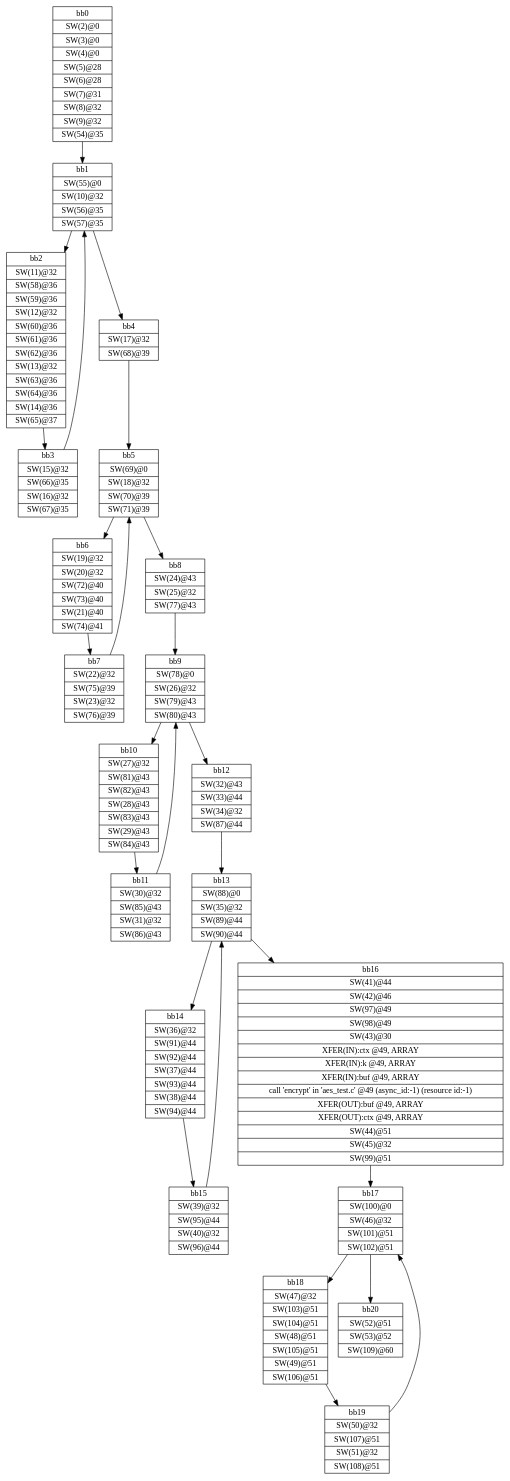
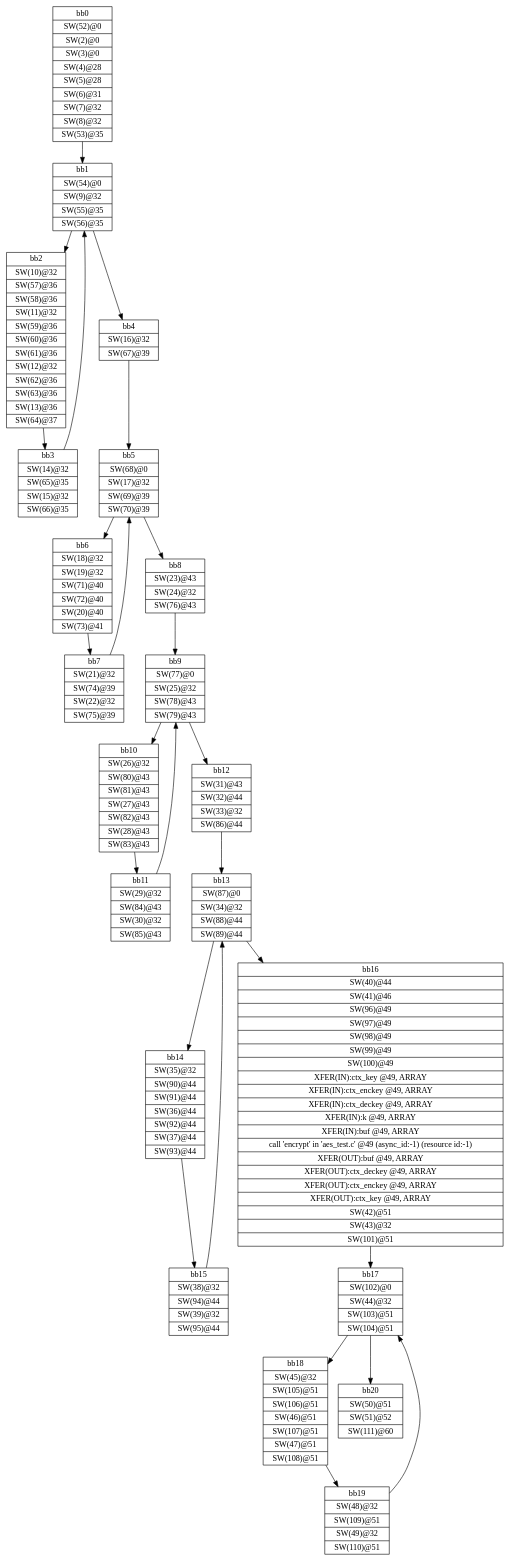
Before and after one commit to HansGiesen/hls_tuner: the diagram in Data/Good_synth/_sds/.llvm/_px_cdfg_xfer_main.dot, drawn with Graphviz. The commit also changed 3951 other files, not shown here.

```diff
--- a/Data/Good_synth/_sds/.llvm/_px_cdfg_xfer_main.dot
+++ b/Data/Good_synth/_sds/.llvm/_px_cdfg_xfer_main.dot
@@ -1,49 +1,49 @@
 digraph CDFG {
 node [shape=record];
-bb0 [shape=record, label = "{bb0|<x0x2debe00>SW(2)@0\n|<x0x2debc30>SW(3)@0\n|<x0x2decc50>SW(4)@0\n|<x0x386b850>SW(5)@28\n|<x0x386bab0>SW(6)@28\n|<x0x386dcf0>SW(7)@31\n|<x0x386bca0>SW(8)@32\n|<x0x386be00>SW(9)@32\n|<x0x3872bc0>SW(54)@35\n}"];
-bb1 [shape=record, label = "{bb1|<x0x3872e60>SW(55)@0\n|<x0x386bf60>SW(10)@32\n|<x0x3874c20>SW(56)@35\n|<x0x3874d60>SW(57)@35\n}"];
-bb2 [shape=record, label = "{bb2|<x0x386cea0>SW(11)@32\n|<x0x38751a0>SW(58)@36\n|<x0x38752f0>SW(59)@36\n|<x0x386d000>SW(12)@32\n|<x0x38754e0>SW(60)@36\n|<x0x38756b0>SW(61)@36\n|<x0x3875840>SW(62)@36\n|<x0x386d160>SW(13)@32\n|<x0x3875a00>SW(63)@36\n|<x0x3875ac0>SW(64)@36\n|<x0x386d330>SW(14)@36\n|<x0x3875c50>SW(65)@37\n}"];
-bb3 [shape=record, label = "{bb3|<x0x386d660>SW(15)@32\n|<x0x3875f90>SW(66)@35\n|<x0x3870e00>SW(16)@32\n|<x0x3876180>SW(67)@35\n}"];
-bb4 [shape=record, label = "{bb4|<x0x386d810>SW(17)@32\n|<x0x38765a0>SW(68)@39\n}"];
-bb5 [shape=record, label = "{bb5|<x0x3876820>SW(69)@0\n|<x0x386d9d0>SW(18)@32\n|<x0x38769e0>SW(70)@39\n|<x0x3876de0>SW(71)@39\n}"];
-bb6 [shape=record, label = "{bb6|<x0x3870420>SW(19)@32\n|<x0x38705f0>SW(20)@32\n|<x0x3878c70>SW(72)@40\n|<x0x3876f10>SW(73)@40\n|<x0x38707c0>SW(21)@40\n|<x0x3877130>SW(74)@41\n}"];
-bb7 [shape=record, label = "{bb7|<x0x3870ac0>SW(22)@32\n|<x0x3877470>SW(75)@39\n|<x0x3870be0>SW(23)@32\n|<x0x3877630>SW(76)@39\n}"];
-bb8 [shape=record, label = "{bb8|<x0x3870020>SW(24)@43\n|<x0x386de80>SW(25)@32\n|<x0x38764f0>SW(77)@43\n}"];
-bb9 [shape=record, label = "{bb9|<x0x3877cc0>SW(78)@0\n|<x0x3871010>SW(26)@32\n|<x0x387bfd0>SW(79)@43\n|<x0x387c1a0>SW(80)@43\n}"];
-bb10 [shape=record, label = "{bb10|<x0x38711e0>SW(27)@32\n|<x0x3877f90>SW(81)@43\n|<x0x3878640>SW(82)@43\n|<x0x386df20>SW(28)@43\n|<x0x38780b0>SW(83)@43\n|<x0x386e230>SW(29)@43\n|<x0x3878270>SW(84)@43\n}"];
-bb11 [shape=record, label = "{bb11|<x0x386e2d0>SW(30)@32\n|<x0x387af70>SW(85)@43\n|<x0x386e370>SW(31)@32\n|<x0x387b170>SW(86)@43\n}"];
-bb12 [shape=record, label = "{bb12|<x0x386e410>SW(32)@43\n|<x0x386e640>SW(33)@44\n|<x0x386e810>SW(34)@32\n|<x0x387b520>SW(87)@44\n}"];
-bb13 [shape=record, label = "{bb13|<x0x387b800>SW(88)@0\n|<x0x386e8f0>SW(35)@32\n|<x0x387b8c0>SW(89)@44\n|<x0x387ba20>SW(90)@44\n}"];
-bb14 [shape=record, label = "{bb14|<x0x386e9b0>SW(36)@32\n|<x0x387c360>SW(91)@44\n|<x0x387c4c0>SW(92)@44\n|<x0x386ea70>SW(37)@44\n|<x0x387c680>SW(93)@44\n|<x0x386eb10>SW(38)@44\n|<x0x387c840>SW(94)@44\n}"];
-bb15 [shape=record, label = "{bb15|<x0x386ece0>SW(39)@32\n|<x0x387ca40>SW(95)@44\n|<x0x386ee40>SW(40)@32\n|<x0x387cc40>SW(96)@44\n}"];
-bb16 [shape=record, label = "{bb16|<x0x386f010>SW(41)@44\n|<x0x386f190>SW(42)@46\n|<x0x3877810>SW(97)@49\n|<x0x38779a0>SW(98)@49\n|<x0x386f4a0>SW(43)@30\n|<x0x3878ff0>XFER(IN):ctx @49, ARRAY\n|<x0x38800f0>XFER(IN):k @49, ARRAY\n|<x0x3880210>XFER(IN):buf @49, ARRAY\n|<x0x2ded270>call 'encrypt' in 'aes_test.c' @49 (async_id:-1) (resource id:-1)\n|<x0x3880330>XFER(OUT):buf @49, ARRAY\n|<x0x38790e0>XFER(OUT):ctx @49, ARRAY\n|<x0x386fb20>SW(44)@51\n|<x0x3873cf0>SW(45)@32\n|<x0x387d760>SW(99)@51\n}"];
-bb17 [shape=record, label = "{bb17|<x0x387dce0>SW(100)@0\n|<x0x3873fe0>SW(46)@32\n|<x0x387ef70>SW(101)@51\n|<x0x387f160>SW(102)@51\n}"];
-bb18 [shape=record, label = "{bb18|<x0x3874340>SW(47)@32\n|<x0x387f490>SW(103)@51\n|<x0x387f580>SW(104)@51\n|<x0x38740e0>SW(48)@51\n|<x0x387f640>SW(105)@51\n|<x0x38745b0>SW(49)@51\n|<x0x387fcf0>SW(106)@51\n}"];
-bb19 [shape=record, label = "{bb19|<x0x38749e0>SW(50)@32\n|<x0x387f750>SW(107)@51\n|<x0x38747a0>SW(51)@32\n|<x0x387f910>SW(108)@51\n}"];
-bb20 [shape=record, label = "{bb20|<x0x3871450>SW(52)@51\n|<x0x3871590>SW(53)@52\n|<x0x387df30>SW(109)@60\n}"];
+bb0 [shape=record, label = "{bb0|<x0x3da35a0>SW(52)@0\n|<x0x330f4d0>SW(2)@0\n|<x0x3311050>SW(3)@0\n|<x0x3d98360>SW(4)@28\n|<x0x3d985c0>SW(5)@28\n|<x0x3d9a800>SW(6)@31\n|<x0x3d987b0>SW(7)@32\n|<x0x3d98910>SW(8)@32\n|<x0x3da37b0>SW(53)@35\n}"];
+bb1 [shape=record, label = "{bb1|<x0x3da3970>SW(54)@0\n|<x0x3d98a70>SW(9)@32\n|<x0x3da3ad0>SW(55)@35\n|<x0x3da3ca0>SW(56)@35\n}"];
+bb2 [shape=record, label = "{bb2|<x0x3d999b0>SW(10)@32\n|<x0x3da0710>SW(57)@36\n|<x0x3da0860>SW(58)@36\n|<x0x3d99b10>SW(11)@32\n|<x0x3da0a20>SW(59)@36\n|<x0x3da0bf0>SW(60)@36\n|<x0x3da0dc0>SW(61)@36\n|<x0x3d99c70>SW(12)@32\n|<x0x3da0f80>SW(62)@36\n|<x0x3da1110>SW(63)@36\n|<x0x3d99e40>SW(13)@36\n|<x0x3da11d0>SW(64)@37\n}"];
+bb3 [shape=record, label = "{bb3|<x0x3d9a170>SW(14)@32\n|<x0x3da1510>SW(65)@35\n|<x0x3d9d910>SW(15)@32\n|<x0x3da16d0>SW(66)@35\n}"];
+bb4 [shape=record, label = "{bb4|<x0x3d9a320>SW(16)@32\n|<x0x3da1790>SW(67)@39\n}"];
+bb5 [shape=record, label = "{bb5|<x0x3da1a10>SW(68)@0\n|<x0x3d9a4e0>SW(17)@32\n|<x0x3da2090>SW(69)@39\n|<x0x3da21e0>SW(70)@39\n}"];
+bb6 [shape=record, label = "{bb6|<x0x3d9cf30>SW(18)@32\n|<x0x3d9d100>SW(19)@32\n|<x0x3da1d30>SW(71)@40\n|<x0x3da6120>SW(72)@40\n|<x0x3d9d2d0>SW(20)@40\n|<x0x3da6340>SW(73)@41\n}"];
+bb7 [shape=record, label = "{bb7|<x0x3d9d5d0>SW(21)@32\n|<x0x3da6650>SW(74)@39\n|<x0x3d9d6f0>SW(22)@32\n|<x0x3da86f0>SW(75)@39\n}"];
+bb8 [shape=record, label = "{bb8|<x0x3d9cb30>SW(23)@43\n|<x0x3d9a990>SW(24)@32\n|<x0x3da73c0>SW(76)@43\n}"];
+bb9 [shape=record, label = "{bb9|<x0x3da6ca0>SW(77)@0\n|<x0x3d9db20>SW(25)@32\n|<x0x3da6e00>SW(78)@43\n|<x0x3da6fd0>SW(79)@43\n}"];
+bb10 [shape=record, label = "{bb10|<x0x3d9dcf0>SW(26)@32\n|<x0x3da7750>SW(80)@43\n|<x0x3da7920>SW(81)@43\n|<x0x3d9aa30>SW(27)@43\n|<x0x3da7b40>SW(82)@43\n|<x0x3d9ad40>SW(28)@43\n|<x0x3da7d30>SW(83)@43\n}"];
+bb11 [shape=record, label = "{bb11|<x0x3d9ade0>SW(29)@32\n|<x0x3da7df0>SW(84)@43\n|<x0x3d9ae80>SW(30)@32\n|<x0x3da7fb0>SW(85)@43\n}"];
+bb12 [shape=record, label = "{bb12|<x0x3d9af20>SW(31)@43\n|<x0x3d9b150>SW(32)@44\n|<x0x3d9b320>SW(33)@32\n|<x0x3da4130>SW(86)@44\n}"];
+bb13 [shape=record, label = "{bb13|<x0x3da5f50>SW(87)@0\n|<x0x3d9b400>SW(34)@32\n|<x0x3da41d0>SW(88)@44\n|<x0x3da4340>SW(89)@44\n}"];
+bb14 [shape=record, label = "{bb14|<x0x3d9b4c0>SW(35)@32\n|<x0x3da4690>SW(90)@44\n|<x0x3da4820>SW(91)@44\n|<x0x3d9b580>SW(36)@44\n|<x0x3da49e0>SW(92)@44\n|<x0x3d9b620>SW(37)@44\n|<x0x3da4b60>SW(93)@44\n}"];
+bb15 [shape=record, label = "{bb15|<x0x3d9b7f0>SW(38)@32\n|<x0x3da4e70>SW(94)@44\n|<x0x3d9b950>SW(39)@32\n|<x0x3da5070>SW(95)@44\n}"];
+bb16 [shape=record, label = "{bb16|<x0x3d9bb20>SW(40)@44\n|<x0x3d9bca0>SW(41)@46\n|<x0x3da5b00>SW(96)@49\n|<x0x3da6800>SW(97)@49\n|<x0x3da8a50>SW(98)@49\n|<x0x3daa750>SW(99)@49\n|<x0x3daa8c0>SW(100)@49\n|<x0x3dab940>XFER(IN):ctx_key @49, ARRAY\n|<x0x3dacb60>XFER(IN):ctx_enckey @49, ARRAY\n|<x0x3dacda0>XFER(IN):ctx_deckey @49, ARRAY\n|<x0x3dacfe0>XFER(IN):k @49, ARRAY\n|<x0x3dad100>XFER(IN):buf @49, ARRAY\n|<x0x330f3d0>call 'encrypt' in 'aes_test.c' @49 (async_id:-1) (resource id:-1)\n|<x0x3dad220>XFER(OUT):buf @49, ARRAY\n|<x0x3dacec0>XFER(OUT):ctx_deckey @49, ARRAY\n|<x0x3dacc80>XFER(OUT):ctx_enckey @49, ARRAY\n|<x0x3daba10>XFER(OUT):ctx_key @49, ARRAY\n|<x0x3d9e2f0>SW(42)@51\n|<x0x3d9e450>SW(43)@32\n|<x0x3da8b80>SW(101)@51\n}"];
+bb17 [shape=record, label = "{bb17|<x0x3da8e60>SW(102)@0\n|<x0x3d9e880>SW(44)@32\n|<x0x3da9060>SW(103)@51\n|<x0x3da91f0>SW(104)@51\n}"];
+bb18 [shape=record, label = "{bb18|<x0x3d9e920>SW(45)@32\n|<x0x3da93a0>SW(105)@51\n|<x0x3da9550>SW(106)@51\n|<x0x3d9ea00>SW(46)@51\n|<x0x3da9770>SW(107)@51\n|<x0x3d9ec20>SW(47)@51\n|<x0x3da9960>SW(108)@51\n}"];
+bb19 [shape=record, label = "{bb19|<x0x3d9ecc0>SW(48)@32\n|<x0x3da9ca0>SW(109)@51\n|<x0x3d9ee40>SW(49)@32\n|<x0x3da9d60>SW(110)@51\n}"];
+bb20 [shape=record, label = "{bb20|<x0x3d9eff0>SW(50)@51\n|<x0x3d9f170>SW(51)@52\n|<x0x3daa0b0>SW(111)@60\n}"];
 bb0 -> bb1
 bb1 -> bb2
 bb1 -> bb4
 bb2 -> bb3
 bb3 -> bb1
 bb4 -> bb5
 bb5 -> bb6
 bb5 -> bb8
 bb6 -> bb7
 bb7 -> bb5
 bb8 -> bb9
 bb9 -> bb10
 bb9 -> bb12
 bb10 -> bb11
 bb11 -> bb9
 bb12 -> bb13
 bb13 -> bb14
 bb13 -> bb16
 bb14 -> bb15
 bb15 -> bb13
 bb16 -> bb17
 bb17 -> bb18
 bb17 -> bb20
 bb18 -> bb19
 bb19 -> bb17
 }
```
